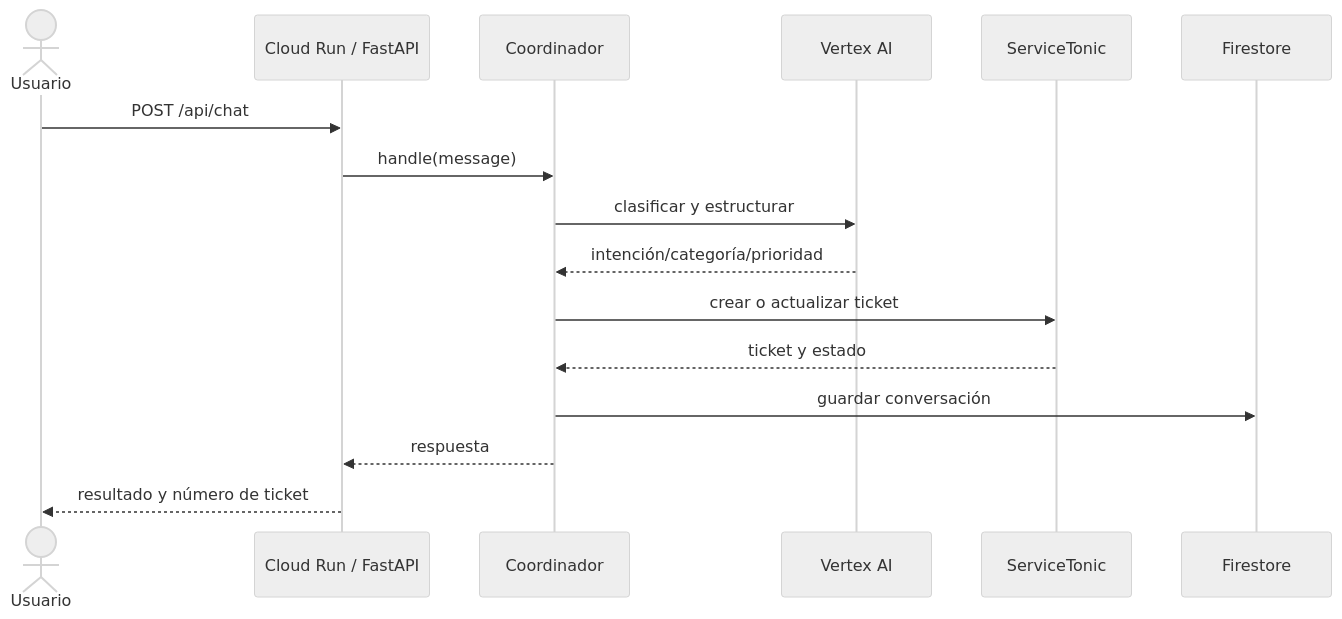
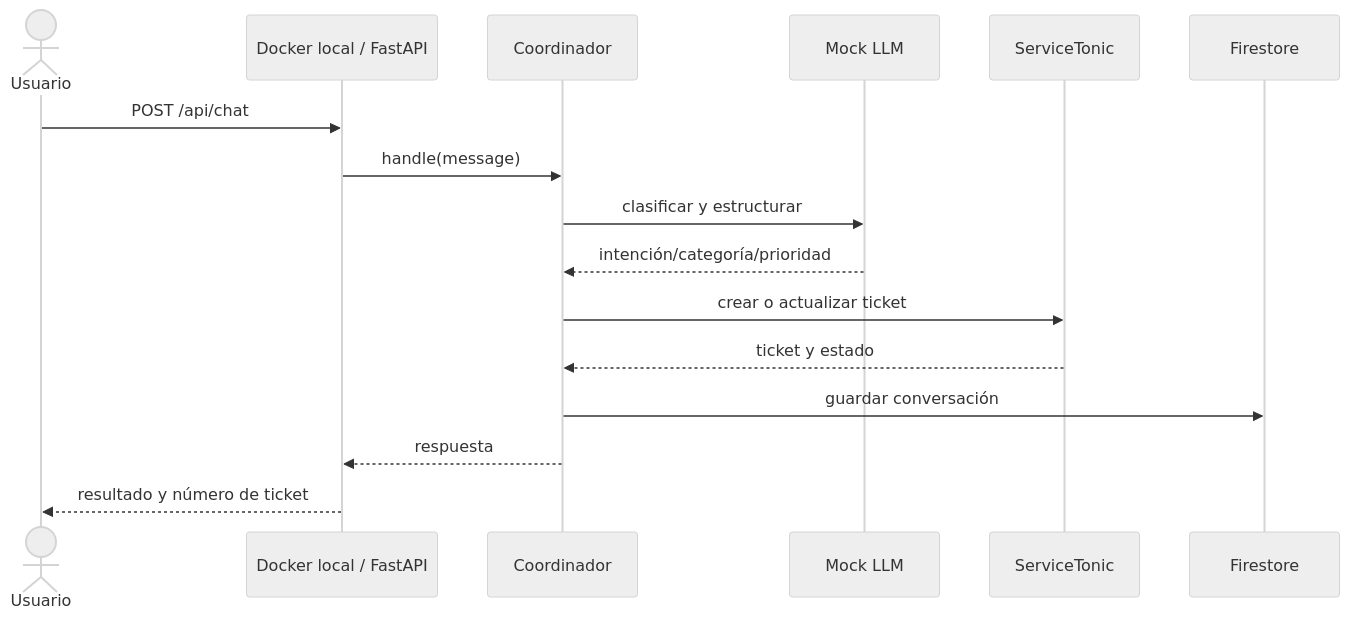
One commit to ABRAHAMCIMAT/valkiria_servitonic changed the first of 2 diagrams in docs/c4/04_CODIGO.md. Above: the diagram before and after it, drawn with Mermaid (neutral theme). The commit also changed other lines of this file and 31 other files, not shown here.

````diff
--- a/docs/c4/04_CODIGO.md
+++ b/docs/c4/04_CODIGO.md
@@ -5,19 +5,19 @@
 ```mermaid
 sequenceDiagram
     actor U as Usuario
-    participant API as Cloud Run / FastAPI
+    participant API as Docker local / FastAPI
     participant C as Coordinador
-    participant V as Vertex AI
+    participant V as Mock LLM
     participant ST as ServiceTonic
     participant FS as Firestore
 
     U->>API: POST /api/chat
     API->>C: handle(message)
     C->>V: clasificar y estructurar
     V-->>C: intención/categoría/prioridad
     C->>ST: crear o actualizar ticket
     ST-->>C: ticket y estado
     C->>FS: guardar conversación
     C-->>API: respuesta
     API-->>U: resultado y número de ticket
 ```
````
